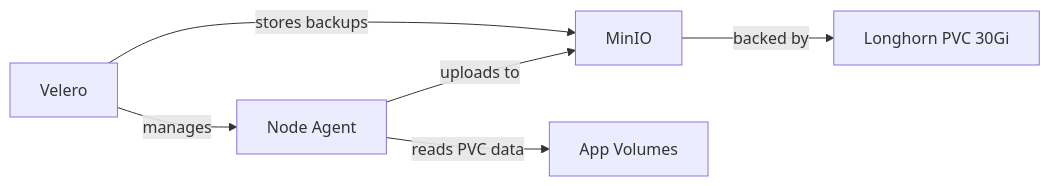
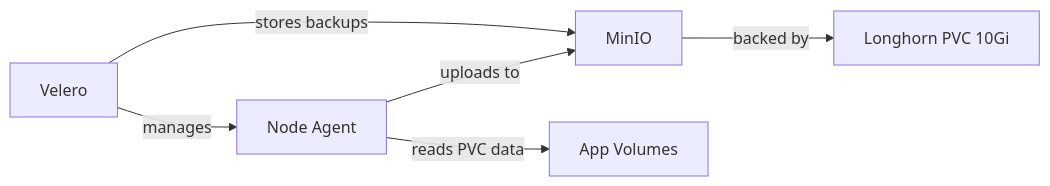
Before and after one commit to getkipper/kipper: the first of 2 diagrams in docs/en/backups.md, drawn with Mermaid. The commit also changed 28 other files, not shown here.

````diff
--- a/docs/en/backups.md
+++ b/docs/en/backups.md
@@ -131,8 +131,8 @@
 ```mermaid
 flowchart LR
     A[Velero] -->|stores backups| B[MinIO]
-    B -->|backed by| C[Longhorn PVC 30Gi]
+    B -->|backed by| C[Longhorn PVC 10Gi]
     D[Node Agent] -->|reads PVC data| E[App Volumes]
     D -->|uploads to| B
     A -->|manages| D
 ```
````
